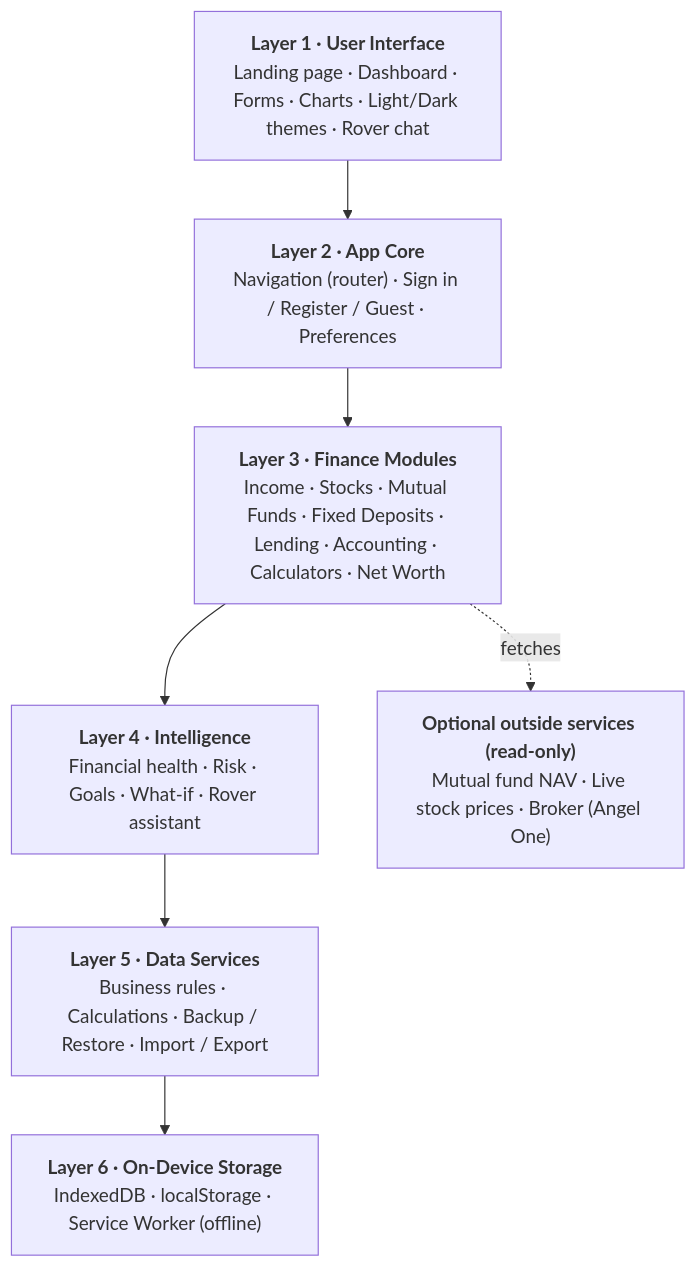
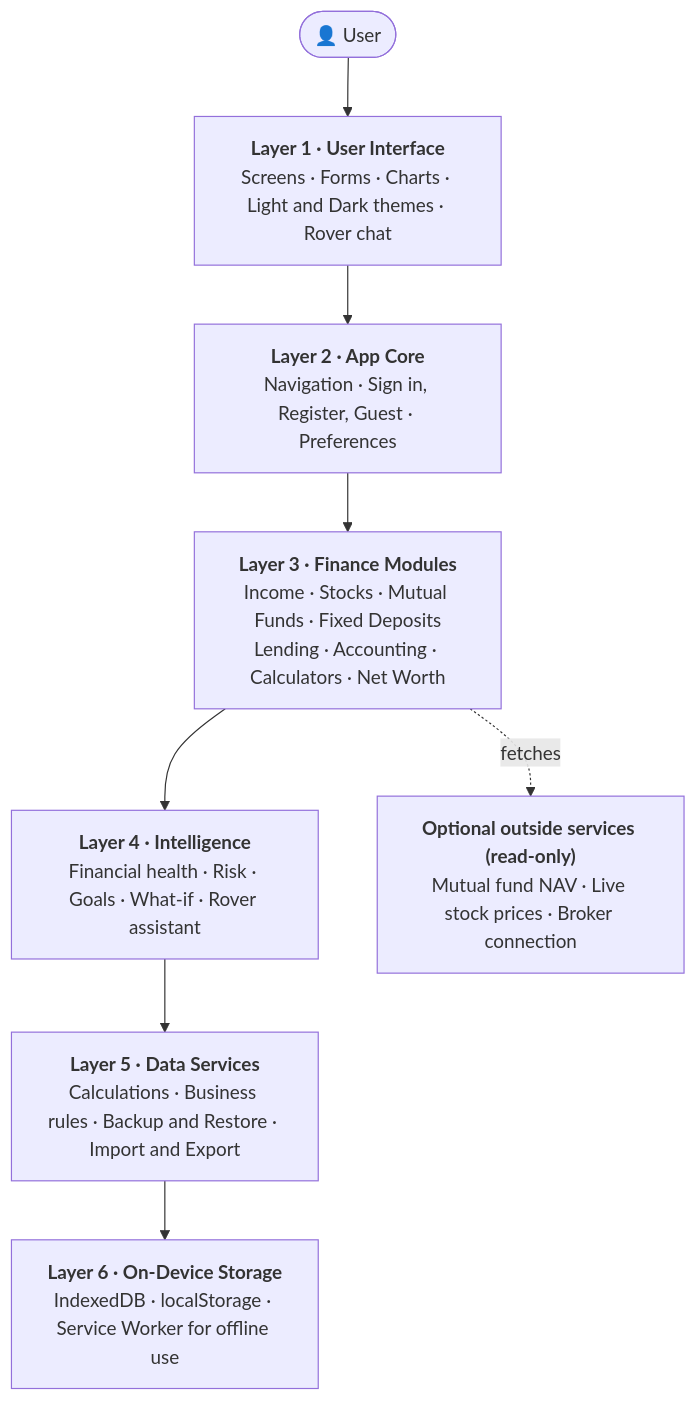
Before and after one commit to microintel/blackroad-v2: the first of 5 diagrams in README.md, drawn with Mermaid. The commit also changed other lines of this file, not shown here.

````diff
--- a/README.md
+++ b/README.md
@@ -114,13 +47,15 @@
 ```mermaid
 flowchart TB
-    L1["<b>Layer 1 · User Interface</b><br/>Landing page · Dashboard · Forms · Charts · Light/Dark themes · Rover chat"]
-    L2["<b>Layer 2 · App Core</b><br/>Navigation (router) · Sign in / Register / Guest · Preferences"]
-    L3["<b>Layer 3 · Finance Modules</b><br/>Income · Stocks · Mutual Funds · Fixed Deposits · Lending · Accounting · Calculators · Net Worth"]
+    U(["👤 User"])
+
+    L1["<b>Layer 1 · User Interface</b><br/>Screens · Forms · Charts · Light and Dark themes · Rover chat"]
+    L2["<b>Layer 2 · App Core</b><br/>Navigation · Sign in, Register, Guest · Preferences"]
+    L3["<b>Layer 3 · Finance Modules</b><br/>Income · Stocks · Mutual Funds · Fixed Deposits<br/>Lending · Accounting · Calculators · Net Worth"]
     L4["<b>Layer 4 · Intelligence</b><br/>Financial health · Risk · Goals · What-if · Rover assistant"]
-    L5["<b>Layer 5 · Data Services</b><br/>Business rules · Calculations · Backup / Restore · Import / Export"]
-    L6["<b>Layer 6 · On-Device Storage</b><br/>IndexedDB · localStorage · Service Worker (offline)"]
-    EXT["<b>Optional outside services (read-only)</b><br/>Mutual fund NAV · Live stock prices · Broker (Angel One)"]
+    L5["<b>Layer 5 · Data Services</b><br/>Calculations · Business rules · Backup and Restore · Import and Export"]
+    L6["<b>Layer 6 · On-Device Storage</b><br/>IndexedDB · localStorage · Service Worker for offline use"]
+    EXT["<b>Optional outside services (read-only)</b><br/>Mutual fund NAV · Live stock prices · Broker connection"]
 
-    L1 --> L2 --> L3 --> L4 --> L5 --> L6
+    U --> L1 --> L2 --> L3 --> L4 --> L5 --> L6
     L3 -. fetches .-> EXT
 ```
````
